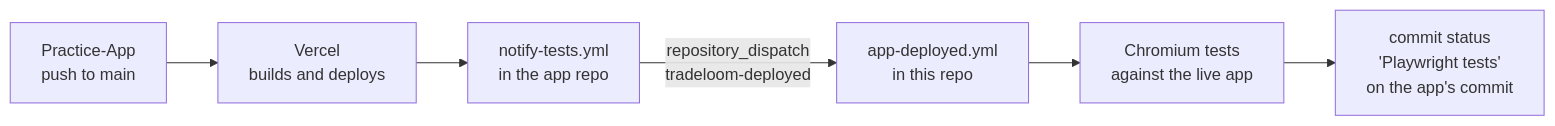
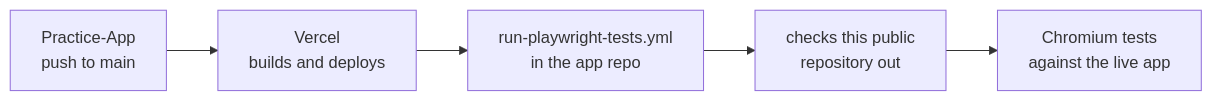
The second of 2 diagrams in README.md (Yusuf-Hridoy/Playwright-Project), drawn with Mermaid before and after one commit. The commit also changed other lines of this file and 22 other files, not shown here.

````diff
--- a/README.md
+++ b/README.md
@@ -316,8 +376,7 @@
 ```mermaid
 flowchart LR
     A["Practice-App<br/>push to main"] --> V["Vercel<br/>builds and deploys"]
-    V --> N["notify-tests.yml<br/>in the app repo"]
-    N -->|"repository_dispatch<br/>tradeloom-deployed"| D["app-deployed.yml<br/>in this repo"]
-    D --> T["Chromium tests<br/>against the live app"]
-    T --> S["commit status<br/>'Playwright tests'<br/>on the app's commit"]
+    V --> N["run-playwright-tests.yml<br/>in the app repo"]
+    N --> C["checks this public<br/>repository out"]
+    C --> T["Chromium tests<br/>against the live app"]
 ```
````
